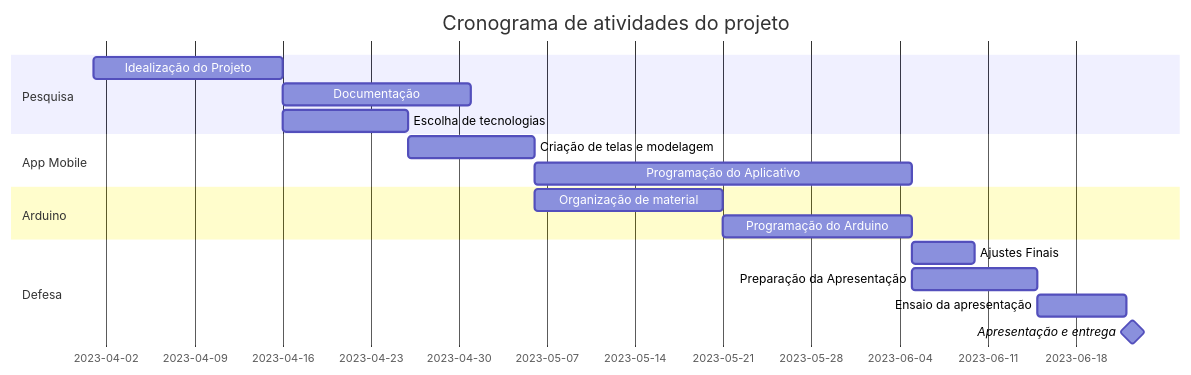
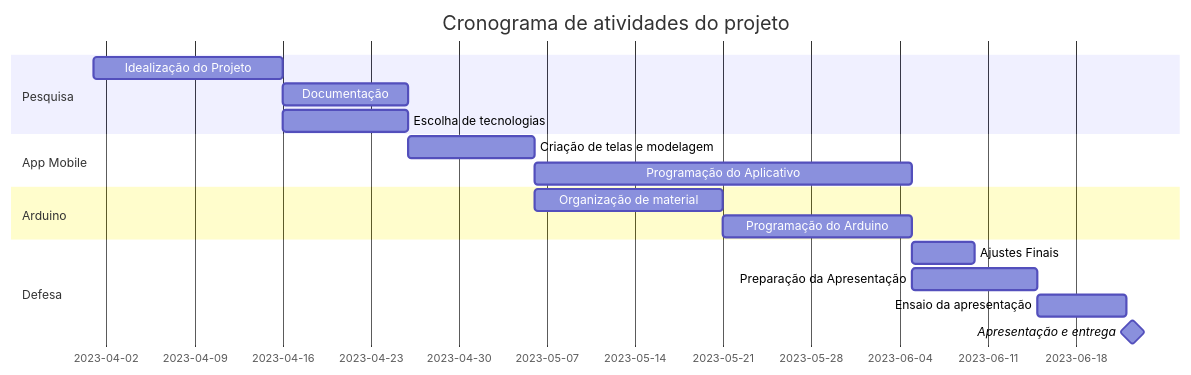
The diagram in README.md (JVictor1012/Plant-Care-Projeto-Integrador), drawn with Mermaid before and after one commit.

````diff
--- a/README.md
+++ b/README.md
@@ -13,24 +13,24 @@
 ```mermaid
     gantt
     title Cronograma de atividades do projeto
     dateFormat  YYYY-MM-DD
     section Pesquisa 
     Idealização do Projeto      :a1, 2023-04-01, 15d
-    Documentação                :a2.2, after a1, 15d
+    Documentação                :a2.2, after a1, 10d
     Escolha de tecnologias      :a2, after a1, 10d
     
     section App Mobile
     Criação de telas e modelagem      :b1, after a2 , 10d
     Programação do Aplicativo         :b2, after b1 , 30d
     
     section Arduino
     Organização de material         :c1, after b1, 15d
     Programação do Arduino          :c2, after c1, 15d
 
     
     section Defesa
     Ajustes Finais :z1, after b2, 5d
     Preparação da Apresentação :p1, after b2, 10d
     Ensaio da apresentação :p2, after p1, 7d
     Apresentação e entrega  :milestone, after p2, 1d
 ```
````
